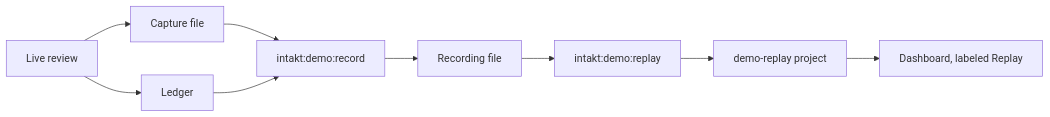
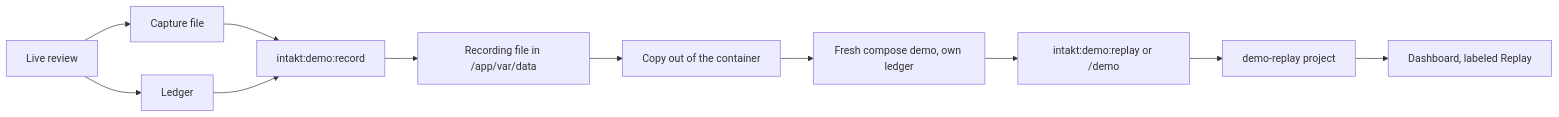
The second of 2 diagrams in docs/guide/demo-walkthrough.md (shinyredapples/intakt), drawn with Mermaid before and after one commit. The commit also changed other lines of this file and 2 other files, not shown here.

Commit message:
docs(demo): record into the data volume and replay on a fresh compose demo

````diff
--- a/docs/guide/demo-walkthrough.md
+++ b/docs/guide/demo-walkthrough.md
@@ -45,11 +45,13 @@
 ```mermaid
 flowchart LR
   a[Live review] --> b[Capture file]
   a --> c[Ledger]
   b --> d[intakt:demo:record]
   c --> d
-  d --> e[Recording file]
-  e --> f[intakt:demo:replay]
-  f --> g[demo-replay project]
-  g --> h[Dashboard, labeled Replay]
+  d --> e[Recording file in /app/var/data]
+  e --> f[Copy out of the container]
+  f --> g[Fresh compose demo, own ledger]
+  g --> h[intakt:demo:replay or /demo]
+  h --> i[demo-replay project]
+  i --> j[Dashboard, labeled Replay]
 ```
````
